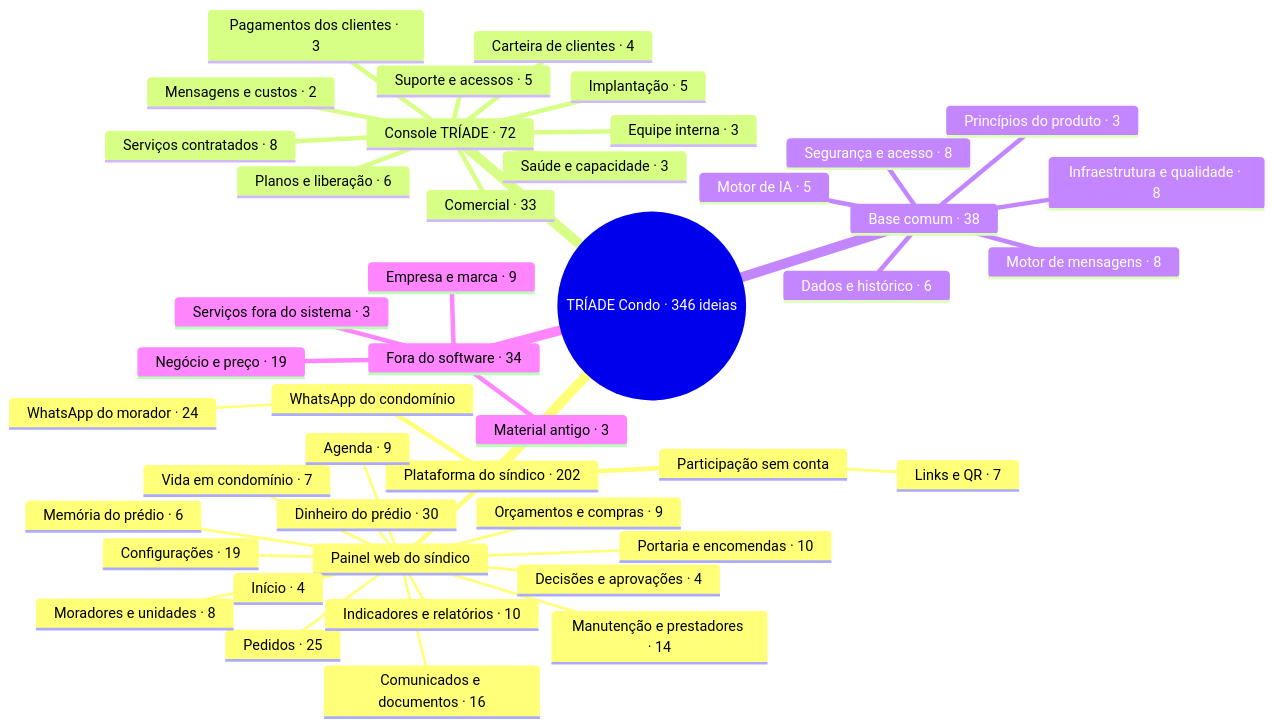
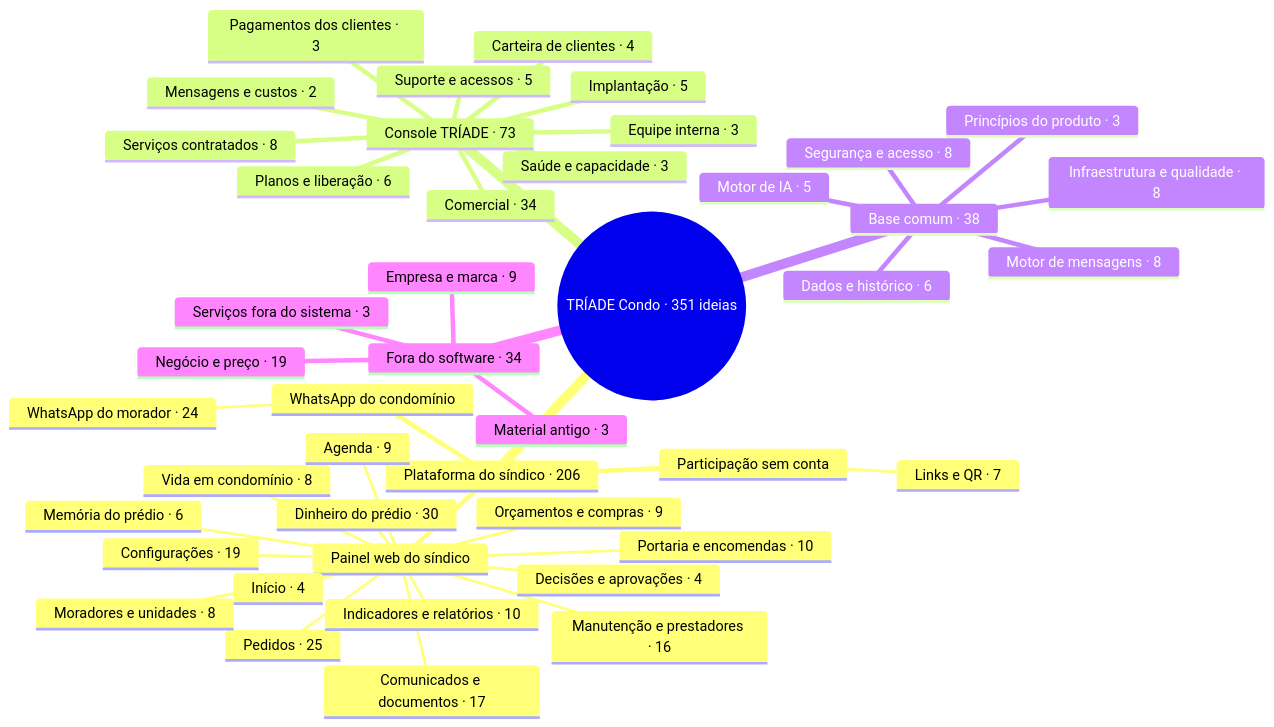
Before and after one commit to triade-prog/triade-condo: the diagram in triade-condo/MAPA.md, drawn with Mermaid. The commit also changed other lines of this file and 5 other files, not shown here.

First line of the commit message:
IDEIAS: cinco ideias vistas na Seu Condomínio (351 ideias)

````diff
--- a/triade-condo/MAPA.md
+++ b/triade-condo/MAPA.md
@@ -20,47 +20,47 @@
 ```mermaid
 mindmap
-  root((TRÍADE Condo · 346 ideias))
-    Plataforma do síndico · 202
+  root((TRÍADE Condo · 351 ideias))
+    Plataforma do síndico · 206
       Painel web do síndico
         Início · 4
         Pedidos · 25
         Decisões e aprovações · 4
         Moradores e unidades · 8
-        Comunicados e documentos · 16
-        Manutenção e prestadores · 14
+        Comunicados e documentos · 17
+        Manutenção e prestadores · 16
         Agenda · 9
         Orçamentos e compras · 9
         Dinheiro do prédio · 30
         Portaria e encomendas · 10
-        Vida em condomínio · 7
+        Vida em condomínio · 8
         Indicadores e relatórios · 10
         Memória do prédio · 6
         Configurações · 19
       WhatsApp do condomínio
         WhatsApp do morador · 24
       Participação sem conta
         Links e QR · 7
-    Console TRÍADE · 72
+    Console TRÍADE · 73
       Carteira de clientes · 4
       Implantação · 5
       Planos e liberação · 6
       Pagamentos dos clientes · 3
       Suporte e acessos · 5
       Serviços contratados · 8
       Equipe interna · 3
       Saúde e capacidade · 3
       Mensagens e custos · 2
-      Comercial · 33
+      Comercial · 34
     Base comum · 38
       Segurança e acesso · 8
       Dados e histórico · 6
       Motor de mensagens · 8
       Infraestrutura e qualidade · 8
       Princípios do produto · 3
       Motor de IA · 5
     Fora do software · 34
       Serviços fora do sistema · 3
       Negócio e preço · 19
       Empresa e marca · 9
       Material antigo · 3
 ```
````
